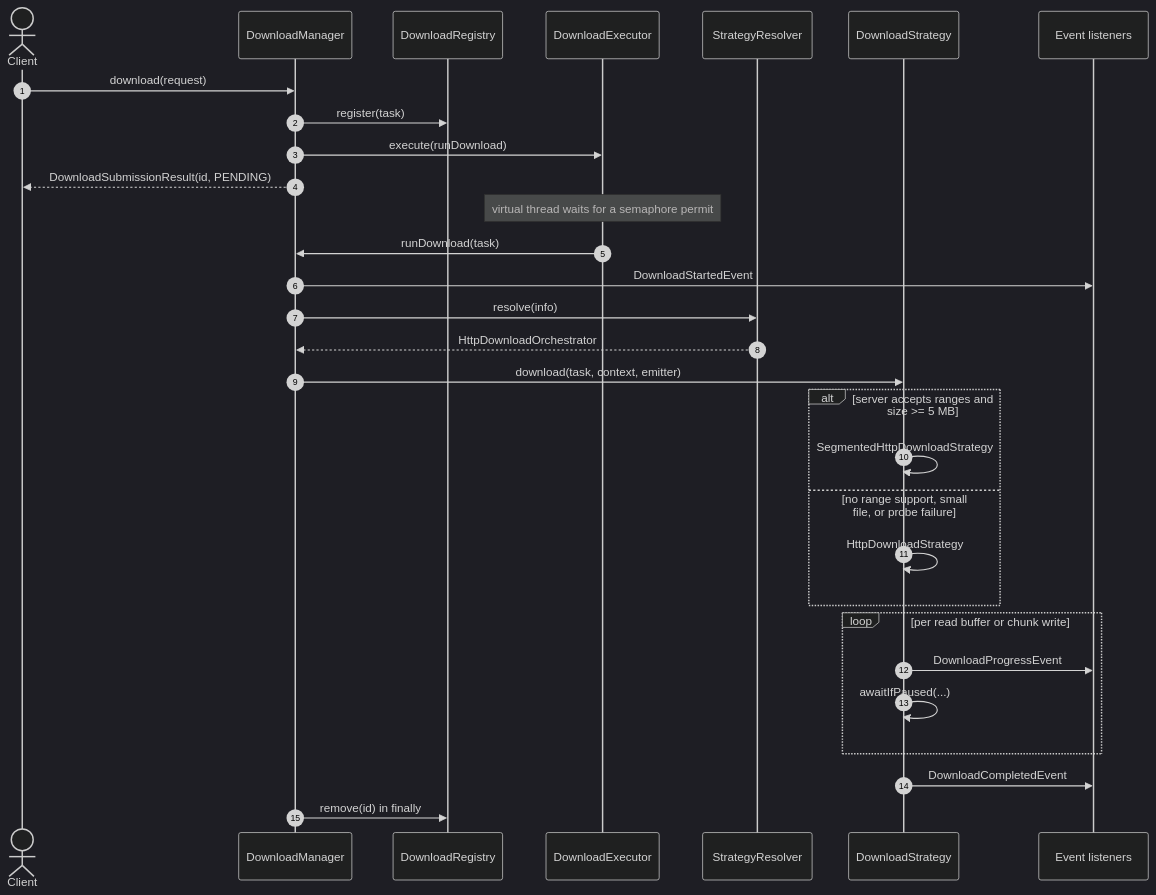
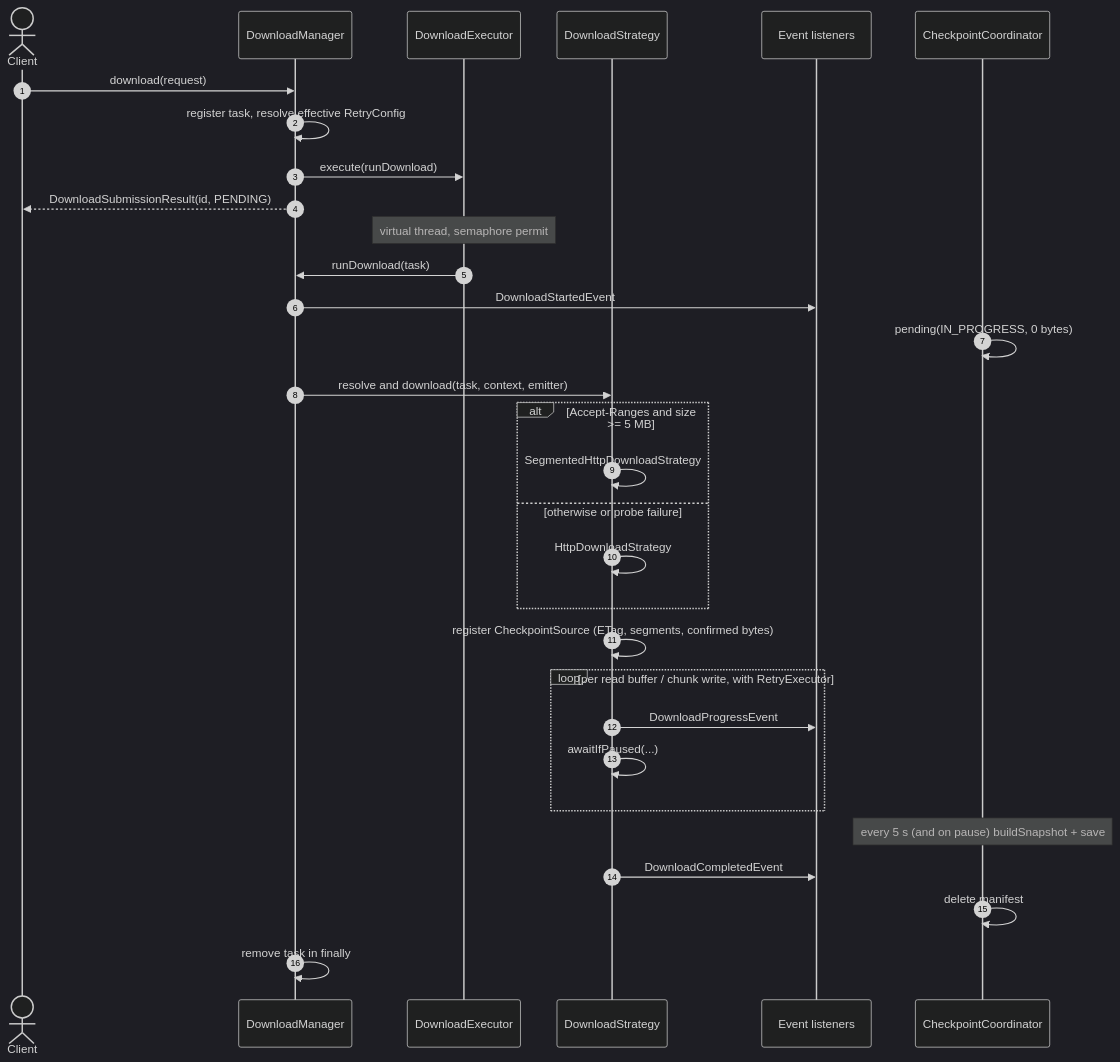
Before and after one commit to jsanca/Katabasis: the first of 3 diagrams in docs/knowledge/flows/download-lifecycle.md, drawn with Mermaid (dark theme). The commit also changed other lines of this file and 13 other files, not shown here.

Commit message:
K-KNOWLEDGE-CURATE-001: refresh architecture knowledge at f999777

````diff
--- a/docs/knowledge/flows/download-lifecycle.md
+++ b/docs/knowledge/flows/download-lifecycle.md
@@ -10,33 +11,34 @@
 ```mermaid
 sequenceDiagram
     autonumber
     actor Client
     participant Manager as DownloadManager
-    participant Registry as DownloadRegistry
     participant Executor as DownloadExecutor
-    participant Resolver as StrategyResolver
     participant Strategy as DownloadStrategy
     participant Events as Event listeners
+    participant Coord as CheckpointCoordinator
 
     Client->>Manager: download(request)
-    Manager->>Registry: register(task)
+    Manager->>Manager: register task, resolve effective RetryConfig
     Manager->>Executor: execute(runDownload)
     Manager-->>Client: DownloadSubmissionResult(id, PENDING)
-    Note over Executor: virtual thread waits for a semaphore permit
+    Note over Executor: virtual thread, semaphore permit
     Executor->>Manager: runDownload(task)
     Manager->>Events: DownloadStartedEvent
-    Manager->>Resolver: resolve(info)
-    Resolver-->>Manager: HttpDownloadOrchestrator
-    Manager->>Strategy: download(task, context, emitter)
-    alt server accepts ranges and size >= 5 MB
+    Coord->>Coord: pending(IN_PROGRESS, 0 bytes)
+    Manager->>Strategy: resolve and download(task, context, emitter)
+    alt Accept-Ranges and size >= 5 MB
         Strategy->>Strategy: SegmentedHttpDownloadStrategy
-    else no range support, small file, or probe failure
+    else otherwise or probe failure
         Strategy->>Strategy: HttpDownloadStrategy
     end
-    loop per read buffer or chunk write
+    Strategy->>Strategy: register CheckpointSource (ETag, segments, confirmed bytes)
+    loop per read buffer / chunk write, with RetryExecutor
         Strategy->>Events: DownloadProgressEvent
         Strategy->>Strategy: awaitIfPaused(...)
     end
+    Note over Coord: every 5 s (and on pause) buildSnapshot + save
     Strategy->>Events: DownloadCompletedEvent
-    Manager->>Registry: remove(id) in finally
+    Coord->>Coord: delete manifest
+    Manager->>Manager: remove task in finally
 ```
````
